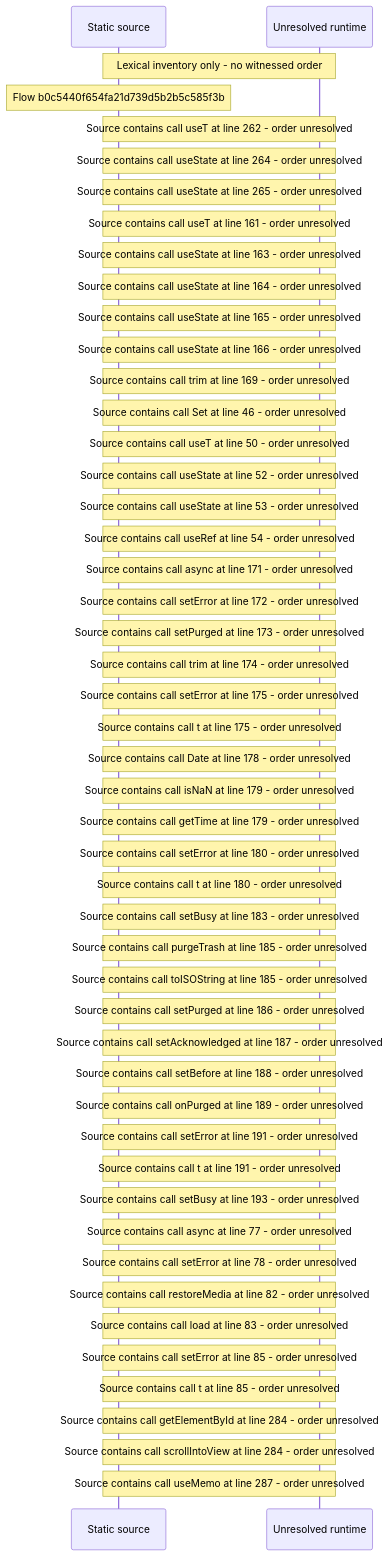
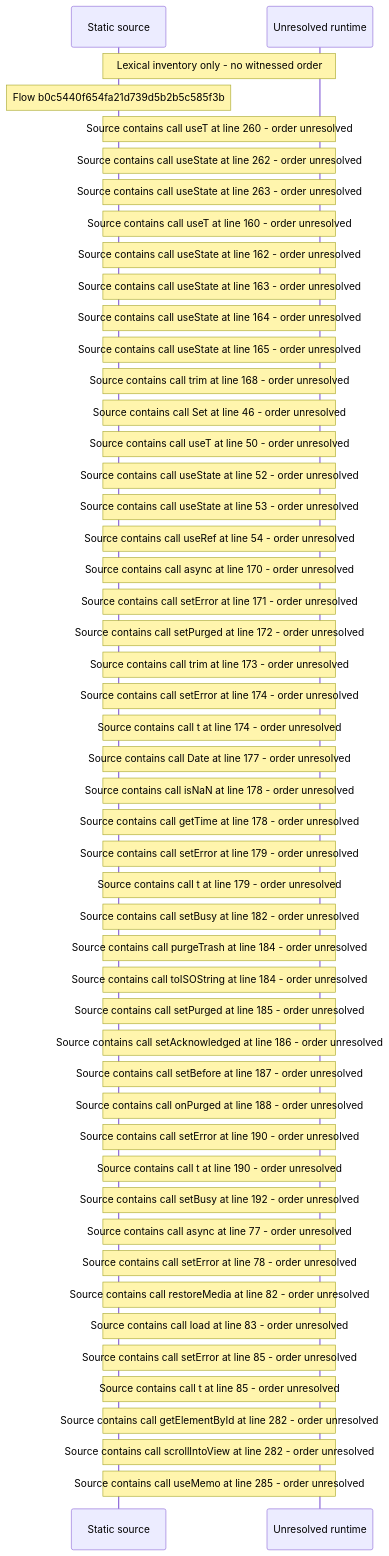
One commit to beamfall/core changed the diagram in docs/web/flows/generated/b0c5440f654fa21d739d5b2b5c585f3b/flow-diagram.md. Above: the diagram before and after it, drawn with Mermaid. The commit also changed other lines of this file and 715 other files, not shown here.

First line of the commit message:
Regenerate the web flow record on main after CORE-1117

````diff
--- a/docs/web/flows/generated/b0c5440f654fa21d739d5b2b5c585f3b/flow-diagram.md
+++ b/docs/web/flows/generated/b0c5440f654fa21d739d5b2b5c585f3b/flow-diagram.md
@@ -10,51 +10,51 @@
 ```mermaid
 sequenceDiagram
     participant S as Static source
     participant U as Unresolved runtime
     Note over S,U: Lexical inventory only - no witnessed order
     Note over S: Flow b0c5440f654fa21d739d5b2b5c585f3b
-    Note over S,U: Source contains call useT at line 262 - order unresolved
-    Note over S,U: Source contains call useState at line 264 - order unresolved
-    Note over S,U: Source contains call useState at line 265 - order unresolved
-    Note over S,U: Source contains call useT at line 161 - order unresolved
+    Note over S,U: Source contains call useT at line 260 - order unresolved
+    Note over S,U: Source contains call useState at line 262 - order unresolved
+    Note over S,U: Source contains call useState at line 263 - order unresolved
+    Note over S,U: Source contains call useT at line 160 - order unresolved
+    Note over S,U: Source contains call useState at line 162 - order unresolved
     Note over S,U: Source contains call useState at line 163 - order unresolved
     Note over S,U: Source contains call useState at line 164 - order unresolved
     Note over S,U: Source contains call useState at line 165 - order unresolved
-    Note over S,U: Source contains call useState at line 166 - order unresolved
-    Note over S,U: Source contains call trim at line 169 - order unresolved
+    Note over S,U: Source contains call trim at line 168 - order unresolved
     Note over S,U: Source contains call Set at line 46 - order unresolved
     Note over S,U: Source contains call useT at line 50 - order unresolved
     Note over S,U: Source contains call useState at line 52 - order unresolved
     Note over S,U: Source contains call useState at line 53 - order unresolved
     Note over S,U: Source contains call useRef at line 54 - order unresolved
-    Note over S,U: Source contains call async at line 171 - order unresolved
-    Note over S,U: Source contains call setError at line 172 - order unresolved
-    Note over S,U: Source contains call setPurged at line 173 - order unresolved
-    Note over S,U: Source contains call trim at line 174 - order unresolved
-    Note over S,U: Source contains call setError at line 175 - order unresolved
-    Note over S,U: Source contains call t at line 175 - order unresolved
-    Note over S,U: Source contains call Date at line 178 - order unresolved
-    Note over S,U: Source contains call isNaN at line 179 - order unresolved
-    Note over S,U: Source contains call getTime at line 179 - order unresolved
-    Note over S,U: Source contains call setError at line 180 - order unresolved
-    Note over S,U: Source contains call t at line 180 - order unresolved
-    Note over S,U: Source contains call setBusy at line 183 - order unresolved
-    Note over S,U: Source contains call purgeTrash at line 185 - order unresolved
-    Note over S,U: Source contains call toISOString at line 185 - order unresolved
-    Note over S,U: Source contains call setPurged at line 186 - order unresolved
-    Note over S,U: Source contains call setAcknowledged at line 187 - order unresolved
-    Note over S,U: Source contains call setBefore at line 188 - order unresolved
-    Note over S,U: Source contains call onPurged at line 189 - order unresolved
-    Note over S,U: Source contains call setError at line 191 - order unresolved
-    Note over S,U: Source contains call t at line 191 - order unresolved
-    Note over S,U: Source contains call setBusy at line 193 - order unresolved
+    Note over S,U: Source contains call async at line 170 - order unresolved
+    Note over S,U: Source contains call setError at line 171 - order unresolved
+    Note over S,U: Source contains call setPurged at line 172 - order unresolved
+    Note over S,U: Source contains call trim at line 173 - order unresolved
+    Note over S,U: Source contains call setError at line 174 - order unresolved
+    Note over S,U: Source contains call t at line 174 - order unresolved
+    Note over S,U: Source contains call Date at line 177 - order unresolved
+    Note over S,U: Source contains call isNaN at line 178 - order unresolved
+    Note over S,U: Source contains call getTime at line 178 - order unresolved
+    Note over S,U: Source contains call setError at line 179 - order unresolved
+    Note over S,U: Source contains call t at line 179 - order unresolved
+    Note over S,U: Source contains call setBusy at line 182 - order unresolved
+    Note over S,U: Source contains call purgeTrash at line 184 - order unresolved
+    Note over S,U: Source contains call toISOString at line 184 - order unresolved
+    Note over S,U: Source contains call setPurged at line 185 - order unresolved
+    Note over S,U: Source contains call setAcknowledged at line 186 - order unresolved
+    Note over S,U: Source contains call setBefore at line 187 - order unresolved
+    Note over S,U: Source contains call onPurged at line 188 - order unresolved
+    Note over S,U: Source contains call setError at line 190 - order unresolved
+    Note over S,U: Source contains call t at line 190 - order unresolved
+    Note over S,U: Source contains call setBusy at line 192 - order unresolved
     Note over S,U: Source contains call async at line 77 - order unresolved
     Note over S,U: Source contains call setError at line 78 - order unresolved
     Note over S,U: Source contains call restoreMedia at line 82 - order unresolved
     Note over S,U: Source contains call load at line 83 - order unresolved
     Note over S,U: Source contains call setError at line 85 - order unresolved
     Note over S,U: Source contains call t at line 85 - order unresolved
-    Note over S,U: Source contains call getElementById at line 284 - order unresolved
-    Note over S,U: Source contains call scrollIntoView at line 284 - order unresolved
-    Note over S,U: Source contains call useMemo at line 287 - order unresolved
+    Note over S,U: Source contains call getElementById at line 282 - order unresolved
+    Note over S,U: Source contains call scrollIntoView at line 282 - order unresolved
+    Note over S,U: Source contains call useMemo at line 285 - order unresolved
 ```
````
